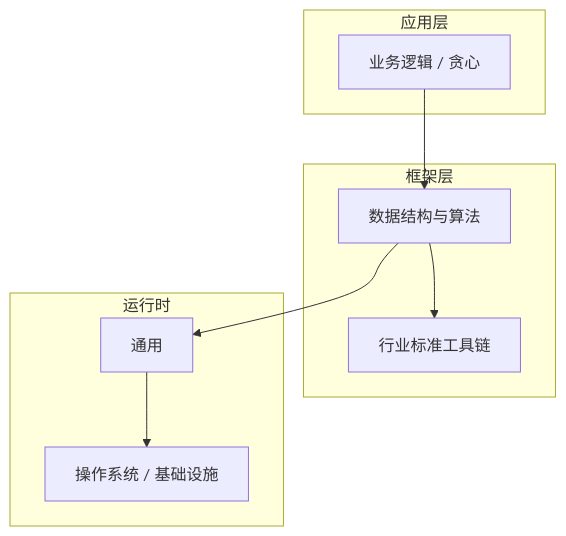
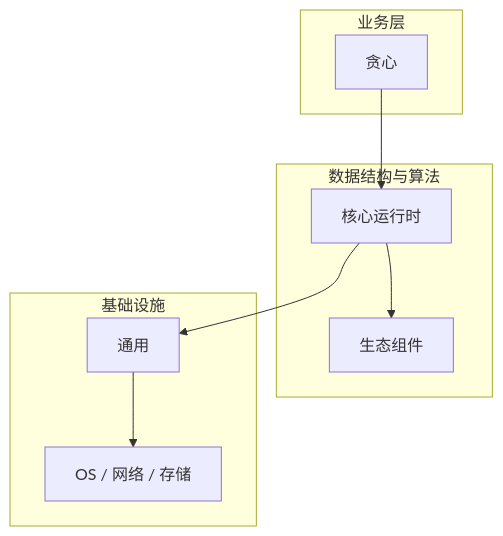
Before and after one commit to yanggan2015/knowledge-json-v2: the diagram in articles/数据结构与算法/chapters/145-贪心核心概念与原理.md, drawn with Mermaid. The commit also changed other lines of this file and 10127 other files, not shown here.

````diff
--- a/articles/数据结构与算法/chapters/145-贪心核心概念与原理.md
+++ b/articles/数据结构与算法/chapters/145-贪心核心概念与原理.md
@@ -45,18 +30,18 @@
 ```mermaid
 graph TB
-    subgraph 应用层
-        A[业务逻辑 / 贪心]
+    subgraph 业务层
+        A[贪心]
     end
-    subgraph 框架层
-        B[数据结构与算法]
-        C[行业标准工具链]
+    subgraph 数据结构与算法
+        B[核心运行时]
+        C[生态组件]
     end
-    subgraph 运行时
+    subgraph 基础设施
         D[通用]
-        E[操作系统 / 基础设施]
+        E[OS / 网络 / 存储]
     end
     A --> B
     B --> C
     B --> D
     D --> E
 ```
````
